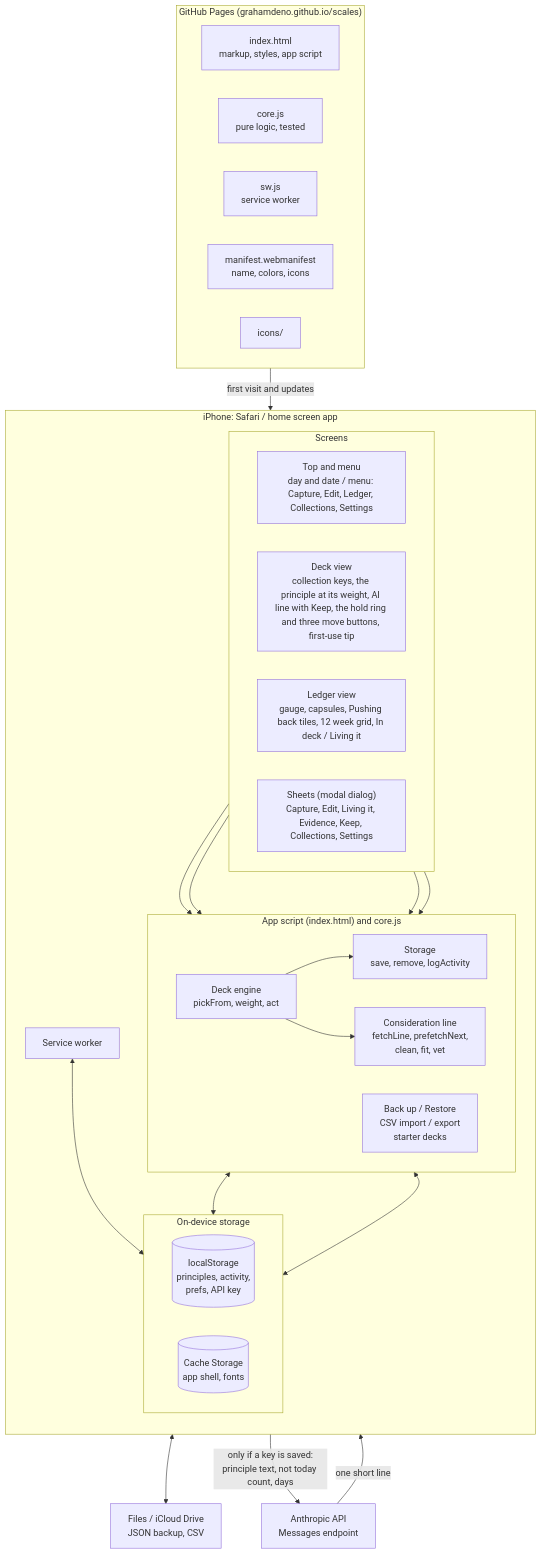
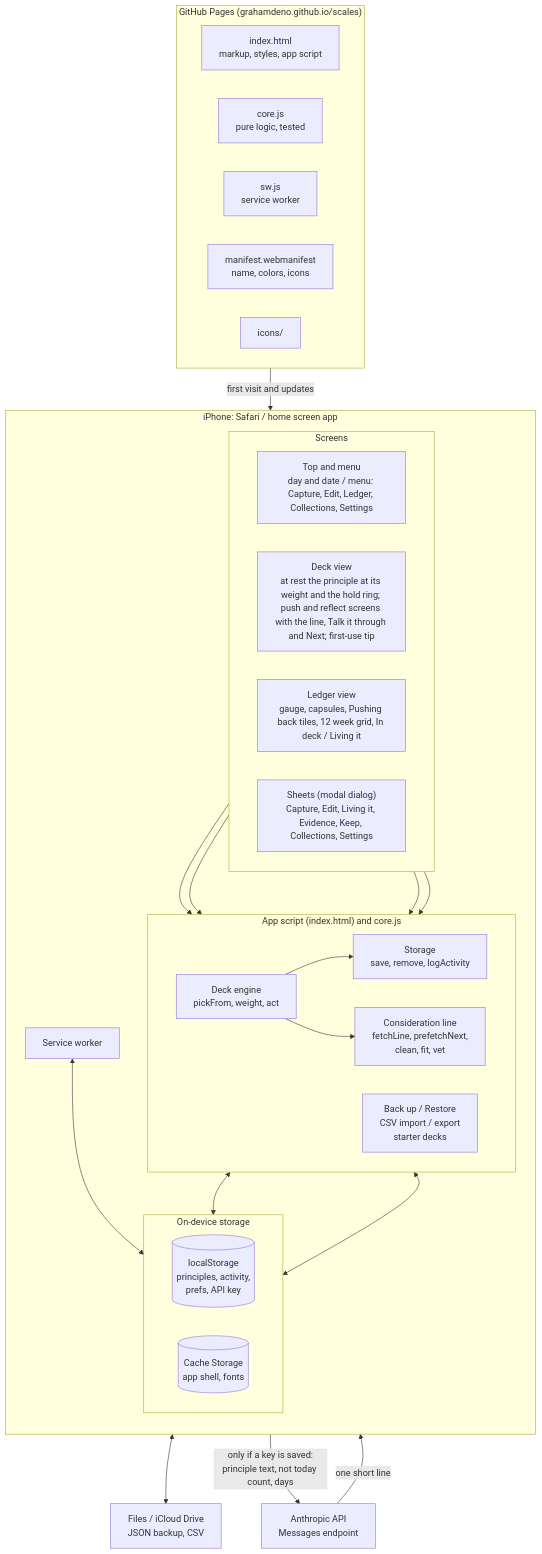
The first of 3 diagrams in docs/ARCHITECTURE.md (grahamdeno/scales), drawn with Mermaid before and after one commit. The commit also changed other lines of this file and 8 other files, not shown here.

````diff
--- a/docs/ARCHITECTURE.md
+++ b/docs/ARCHITECTURE.md
@@ -16,57 +16,57 @@
 ```mermaid
 flowchart TB
     subgraph host["GitHub Pages (grahamdeno.github.io/scales)"]
         direction LR
         html["index.html<br/>markup, styles, app script"]
         corefile["core.js<br/>pure logic, tested"]
         swfile["sw.js<br/>service worker"]
         mani["manifest.webmanifest<br/>name, colors, icons"]
         icons["icons/"]
     end
 
     subgraph phone["iPhone: Safari / home screen app"]
         direction TB
 
         subgraph ui["Screens"]
             direction LR
             header["Top and menu<br/>day and date / menu: Capture, Edit, Ledger, Collections, Settings"]
-            deck["Deck view<br/>collection keys, the principle at its weight, AI line with Keep, the hold ring and three move buttons, first-use tip"]
+            deck["Deck view<br/>at rest the principle at its weight and the hold ring; push and reflect screens with the line, Talk it through and Next; first-use tip"]
             ledger["Ledger view<br/>gauge, capsules, Pushing back tiles, 12 week grid, In deck / Living it"]
             sheets["Sheets (modal dialog)<br/>Capture, Edit, Living it, Evidence, Keep, Collections, Settings"]
         end
 
         subgraph logic["App script (index.html) and core.js"]
             direction LR
             engine["Deck engine<br/>pickFrom, weight, act"]
             line["Consideration line<br/>fetchLine, prefetchNext,<br/>clean, fit, vet"]
             store["Storage<br/>save, remove, logActivity"]
             io["Back up / Restore<br/>CSV import / export<br/>starter decks"]
         end
 
         subgraph device["On-device storage"]
             direction LR
             ls[("localStorage<br/>principles, activity,<br/>prefs, API key")]
             cache[("Cache Storage<br/>app shell, fonts")]
         end
 
         sw["Service worker"]
     end
 
     api["Anthropic API<br/>Messages endpoint"]
     files["Files / iCloud Drive<br/>JSON backup, CSV"]
 
     host -- "first visit and updates" --> sw
     sw <--> cache
 
     deck --> engine
     sheets --> engine
     sheets --> io
     engine --> store
     engine --> line
     ledger --> store
     store <--> ls
     io <--> ls
     io <--> files
     line -- "only if a key is saved:<br/>principle text, not today count, days" --> api
     api -- "one short line" --> line
 ```
````
